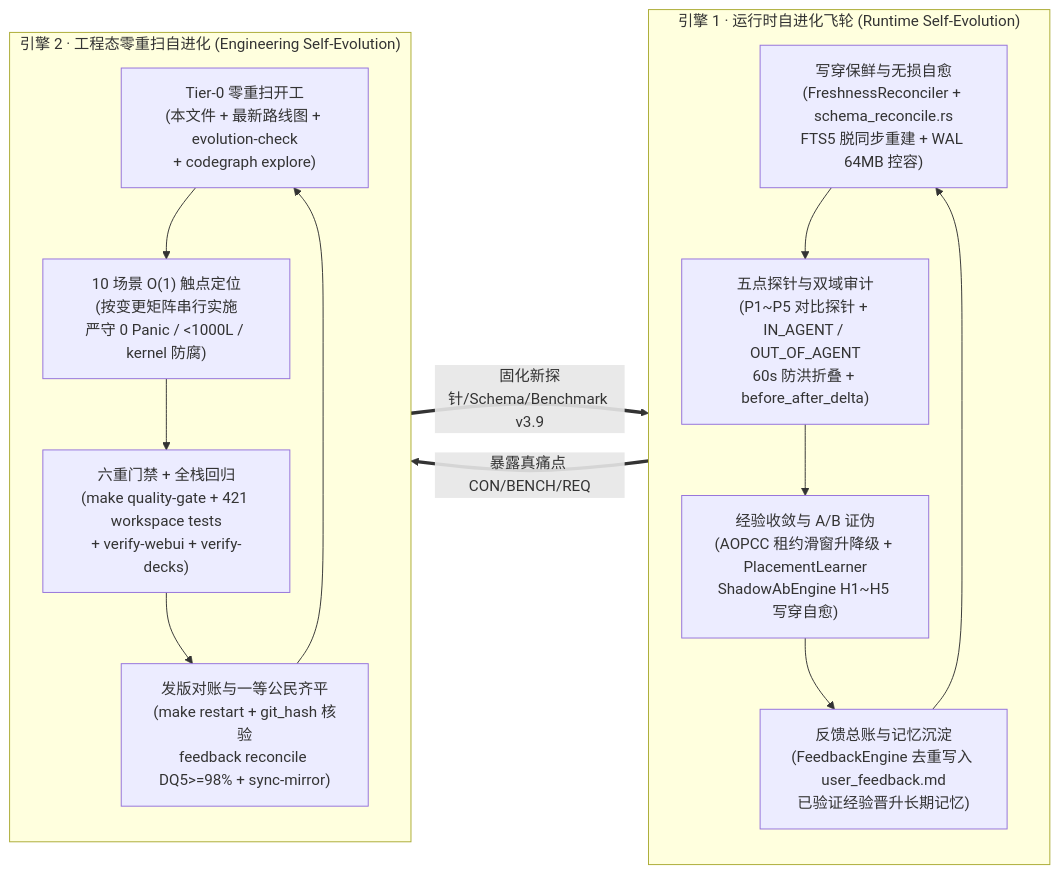
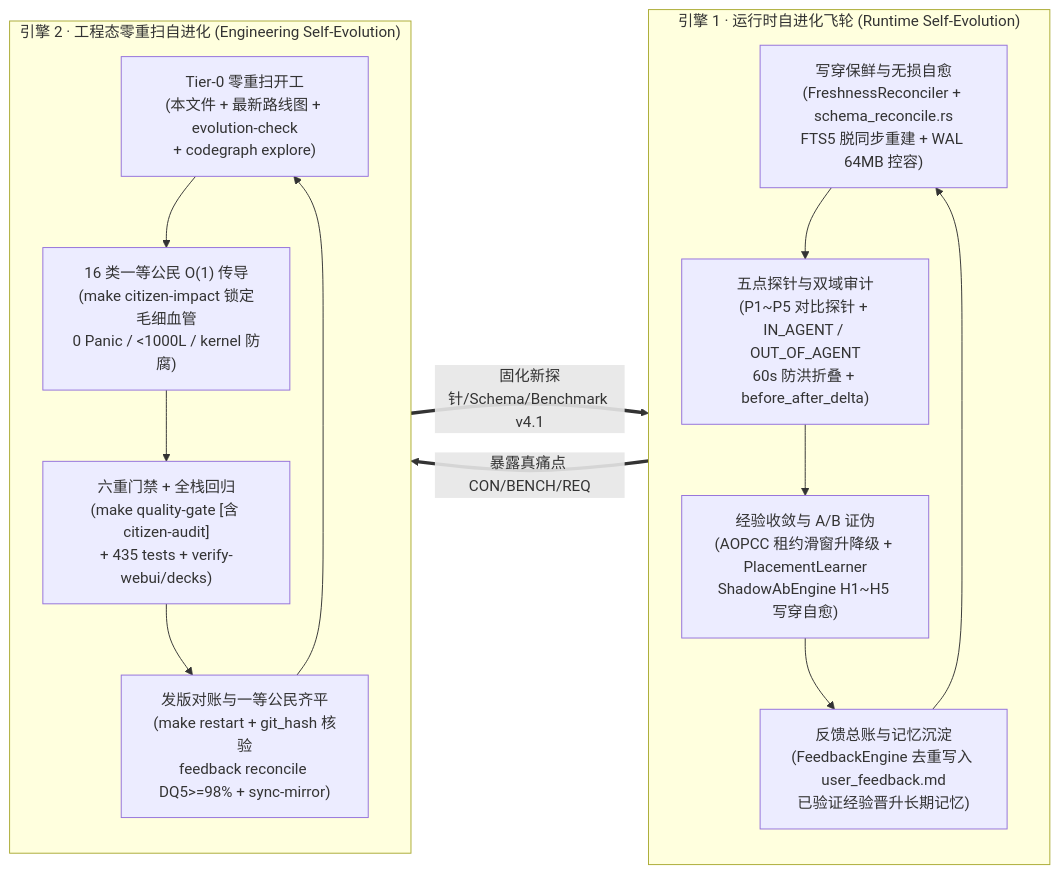
The diagram in EVOLUTION_GUIDE.md (digoal/agent-body), drawn with Mermaid before and after one commit. The commit also changed other lines of this file and 117 other files, not shown here.

````diff
--- a/EVOLUTION_GUIDE.md
+++ b/EVOLUTION_GUIDE.md
@@ -13,23 +13,23 @@
 ```mermaid
 flowchart LR
     subgraph RUNTIME["引擎 1 · 运行时自进化飞轮 (Runtime Self-Evolution)"]
         direction TB
         R1["写穿保鲜与无损自愈<br/>(FreshnessReconciler + schema_reconcile.rs<br/>FTS5 脱同步重建 + WAL 64MB 控容)"]
         R2["五点探针与双域审计<br/>(P1~P5 对比探针 + IN_AGENT / OUT_OF_AGENT<br/>60s 防洪折叠 + before_after_delta)"]
         R3["经验收敛与 A/B 证伪<br/>(AOPCC 租约滑窗升降级 + PlacementLearner<br/>ShadowAbEngine H1~H5 写穿自愈)"]
         R4["反馈总账与记忆沉淀<br/>(FeedbackEngine 去重写入 user_feedback.md<br/>已验证经验晋升长期记忆)"]
         R1 --> R2 --> R3 --> R4 --> R1
     end
 
     subgraph ENG["引擎 2 · 工程态零重扫自进化 (Engineering Self-Evolution)"]
         direction TB
         E1["Tier-0 零重扫开工<br/>(本文件 + 最新路线图 + evolution-check<br/>+ codegraph explore)"]
-        E2["10 场景 O(1) 触点定位<br/>(按变更矩阵串行实施<br/>严守 0 Panic / <1000L / kernel 防腐)"]
-        E3["六重门禁 + 全栈回归<br/>(make quality-gate + 421 workspace tests<br/>+ verify-webui + verify-decks)"]
+        E2["16 类一等公民 O(1) 传导<br/>(make citizen-impact 锁定毛细血管<br/>0 Panic / <1000L / kernel 防腐)"]
+        E3["六重门禁 + 全栈回归<br/>(make quality-gate [含 citizen-audit]<br/>+ 435 tests + verify-webui/decks)"]
         E4["发版对账与一等公民齐平<br/>(make restart + git_hash 核验<br/>feedback reconcile DQ5>=98% + sync-mirror)"]
         E1 --> E2 --> E3 --> E4 --> E1
     end
 
     R4 ==>|"暴露真痛点 CON/BENCH/REQ"| E1
-    E4 ==>|"固化新探针/Schema/Benchmark v3.9"| R1
+    E4 ==>|"固化新探针/Schema/Benchmark v4.1"| R1
 ```
````
